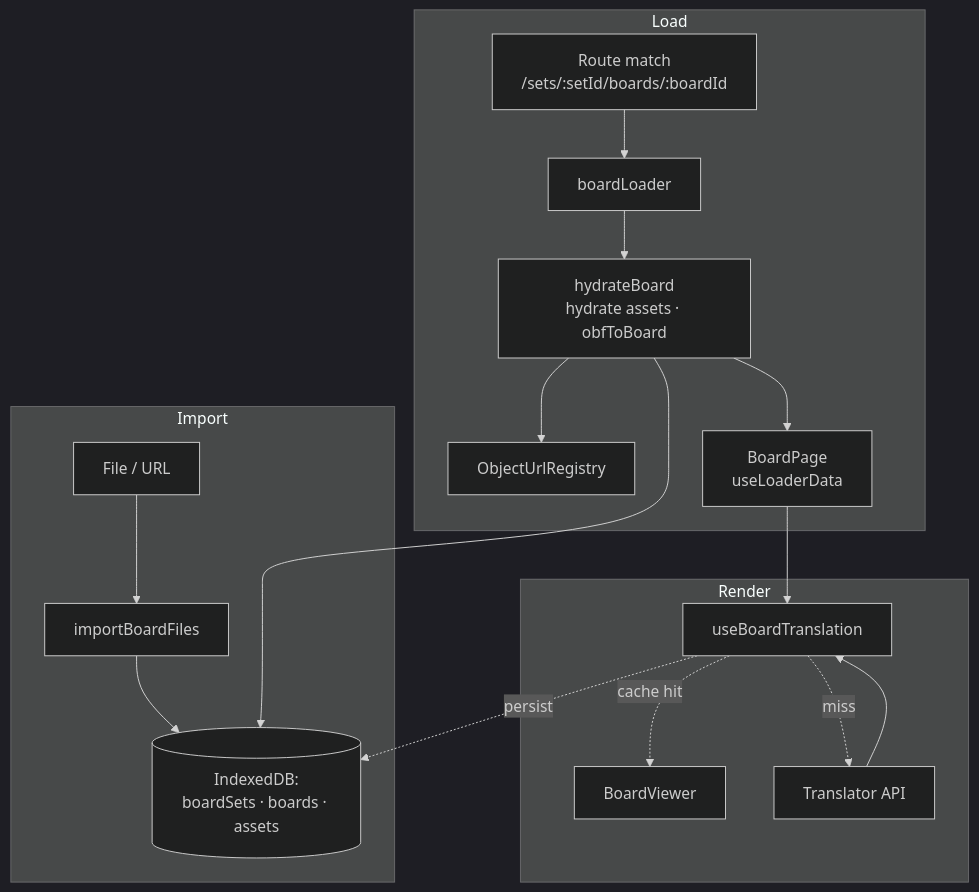
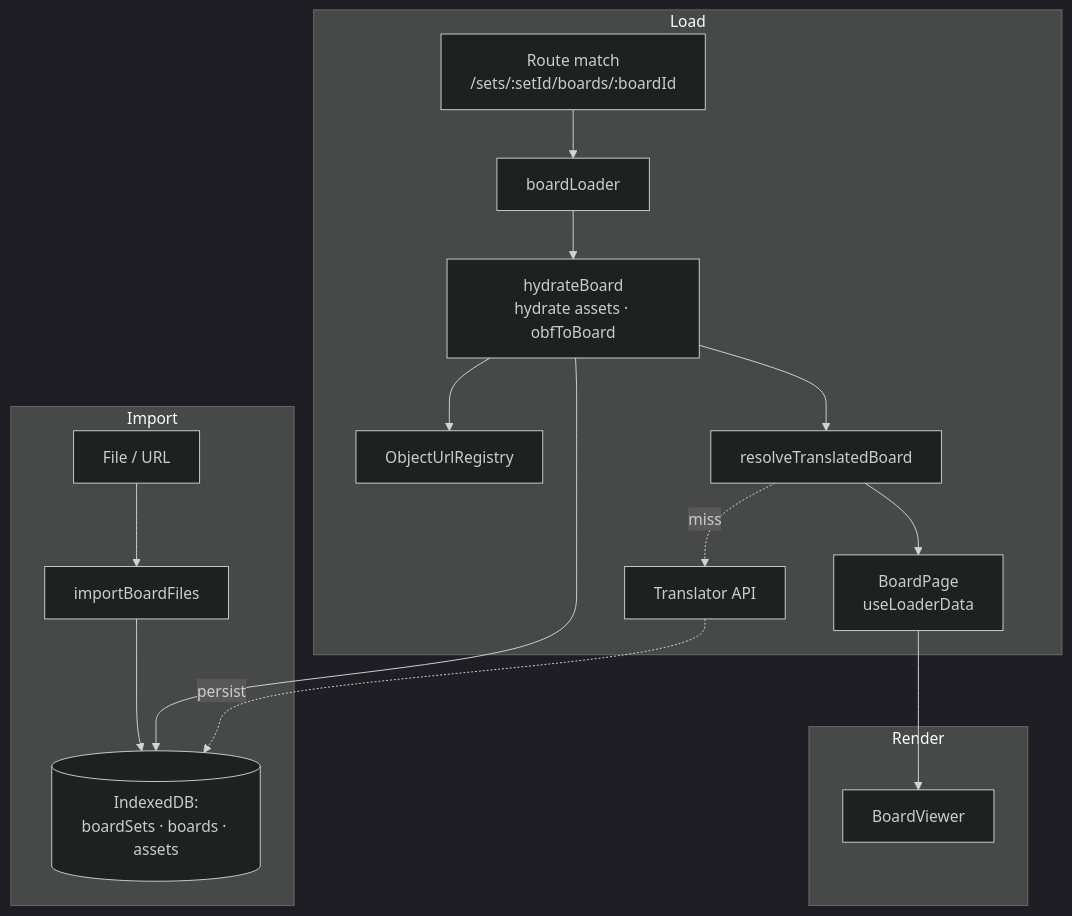
One commit to shayc/aac-board-ai changed the diagram in docs/architecture.md. Above: the diagram before and after it, drawn with Mermaid (dark theme). The commit also changed other lines of this file and 19 other files, not shown here.

First line of the commit message:
docs(architecture): close drift and resolve Tier-1 audit findings (#493)

````diff
--- a/docs/architecture.md
+++ b/docs/architecture.md
@@ -63,23 +63,22 @@
 ```mermaid
 flowchart TD
   subgraph Import
     A[File / URL] --> B[importBoardFiles]
     B --> C[(IndexedDB:<br/>boardSets · boards · assets)]
   end
 
   subgraph Load
     R[Route match<br/>/sets/:setId/boards/:boardId] --> L[boardLoader]
     L --> Q[hydrateBoard<br/>hydrate assets · obfToBoard]
     Q --> C
     Q --> O[ObjectUrlRegistry]
-    Q --> P[BoardPage<br/>useLoaderData]
+    Q --> T[resolveTranslatedBoard]
+    T -. miss .-> X[Translator API]
+    X -. persist .-> C
+    T --> P[BoardPage<br/>useLoaderData]
   end
 
   subgraph Render
-    P --> T[useBoardTranslation]
-    T -. cache hit .-> V[BoardViewer]
-    T -. miss .-> X[Translator API]
-    X --> T
-    T -. persist .-> C
+    P --> V[BoardViewer]
   end
 ```
````
